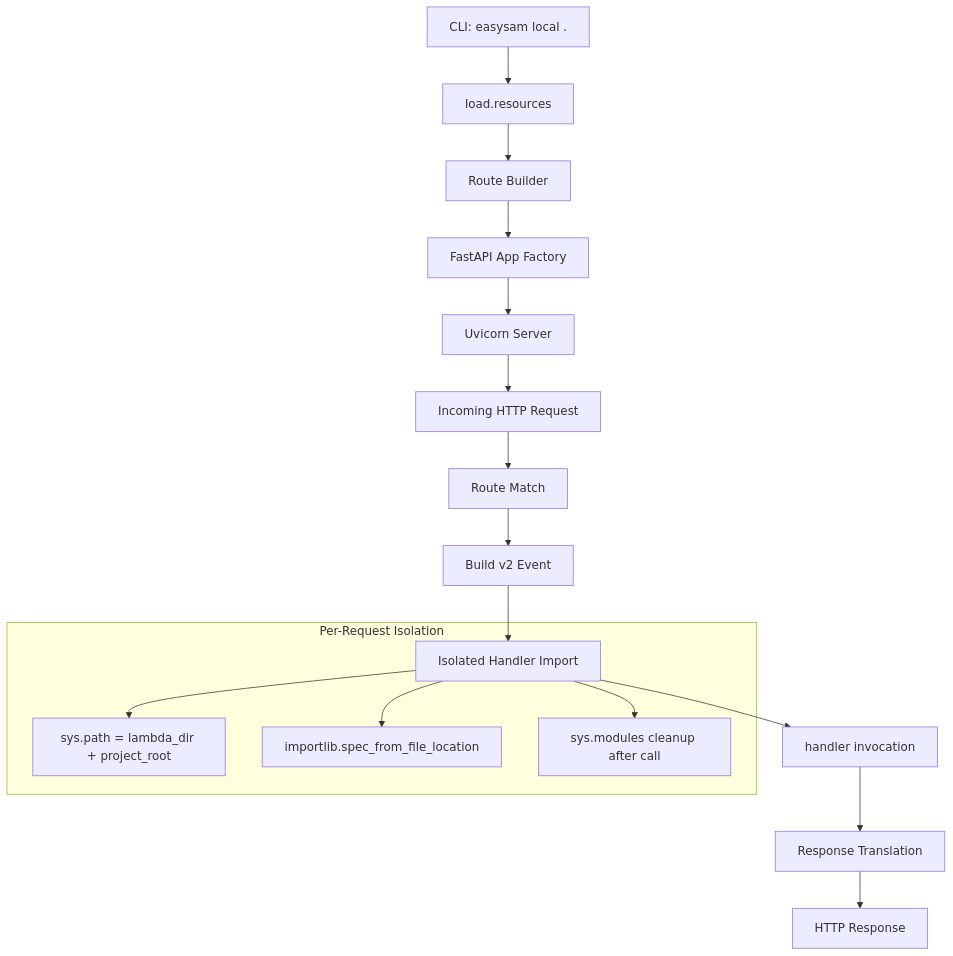
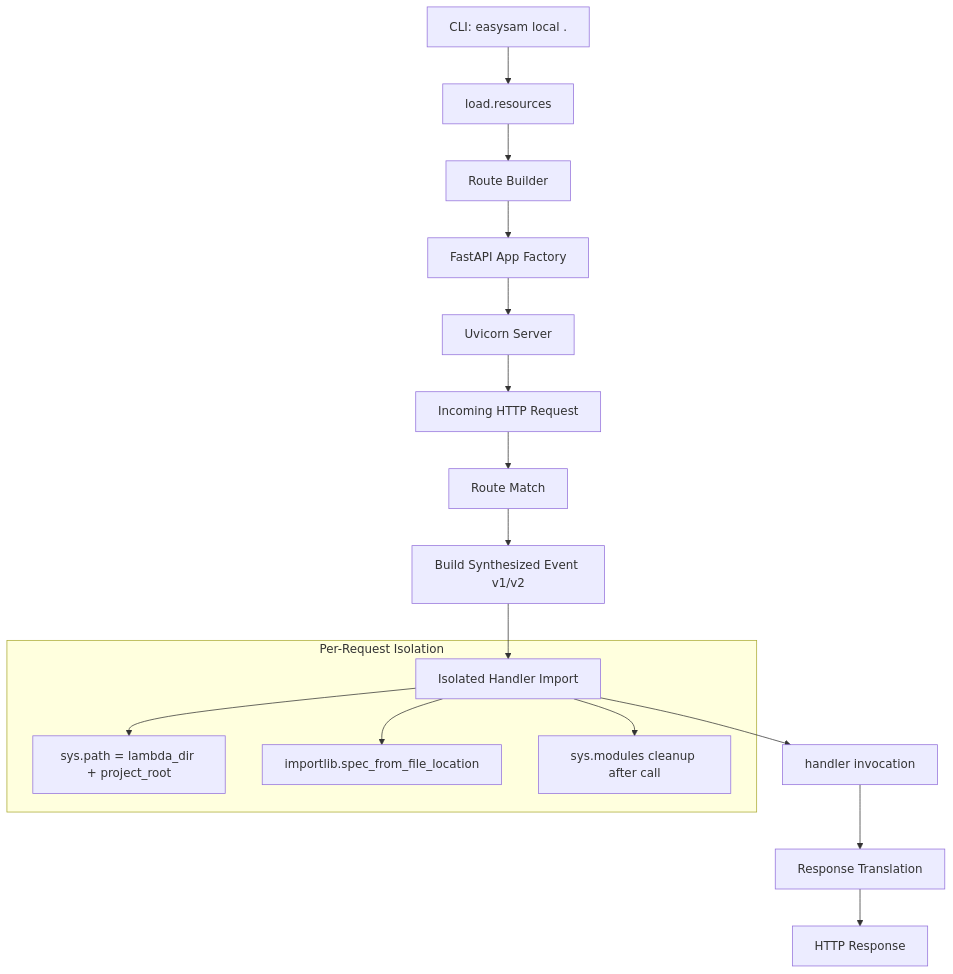
One commit to scartill/easysam changed the diagram in docs/specs/local-lambda-execution.md. Above: the diagram before and after it, drawn with Mermaid. The commit also changed other lines of this file and 1 other file, not shown here.

````diff
--- a/docs/specs/local-lambda-execution.md
+++ b/docs/specs/local-lambda-execution.md
@@ -69,21 +69,21 @@
 ```mermaid
 graph TD
     A[CLI: easysam local .] --> B[load.resources]
     B --> C[Route Builder]
     C --> D[FastAPI App Factory]
     D --> E[Uvicorn Server]
 
     E --> F[Incoming HTTP Request]
     F --> G[Route Match]
-    G --> H[Build v2 Event]
+    G --> H[Build Synthesized Event v1/v2]
     H --> I[Isolated Handler Import]
     I --> J[handler invocation]
     J --> K[Response Translation]
     K --> L[HTTP Response]
 
     subgraph "Per-Request Isolation"
         I --> M[sys.path = lambda_dir + project_root]
         I --> N[importlib.spec_from_file_location]
         I --> O[sys.modules cleanup after call]
     end
 ```
````
